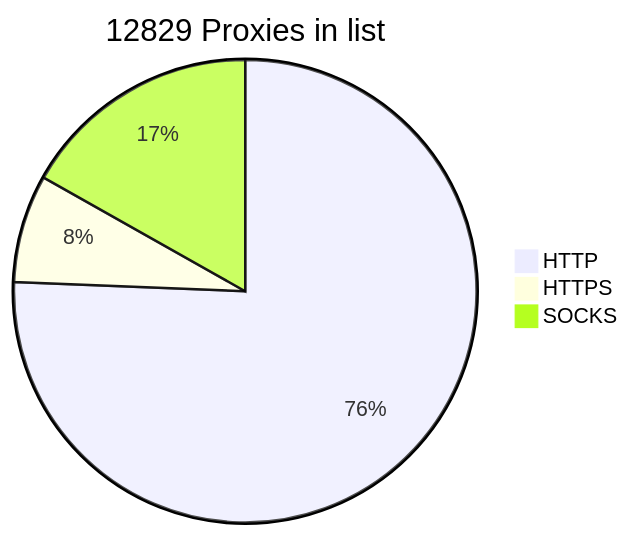
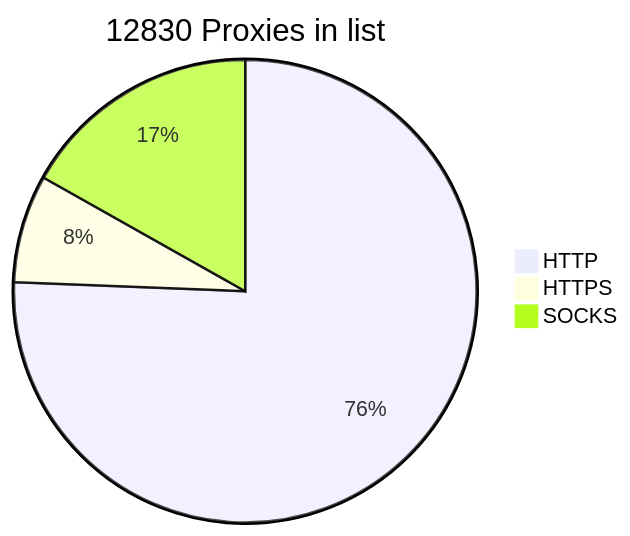
One commit to BlackSnowDot/proxylist-update-every-minute changed the diagram in README.md. Above: the diagram before and after it, drawn with Mermaid.

````diff
--- a/README.md
+++ b/README.md
@@ -2,6 +2,6 @@
 ```mermaid
-pie title 12829 Proxies in list
+pie title 12830 Proxies in list
     "HTTP" : 9877
     "HTTPS": 984
-    "SOCKS" : 2198
+    "SOCKS" : 2199
 ```
````
